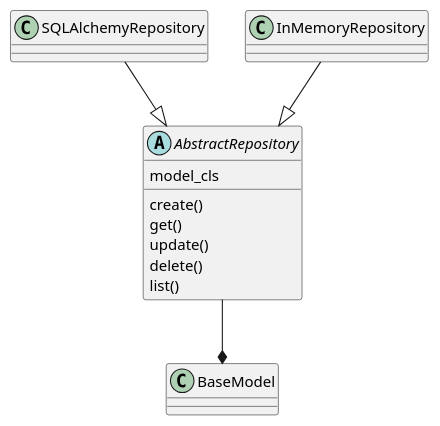
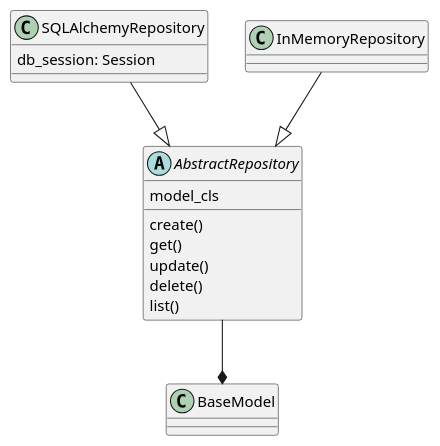
One commit to DragosBulumac/project-UpdateService changed the first of 2 diagrams in docs/project-structure.puml. Above: the diagram before and after it, drawn with PlantUML. The commit also changed other lines of this file and 2 other files, not shown here.

Commit message:
Add DB session to all related entities.

```diff
--- a/docs/project-structure.puml
+++ b/docs/project-structure.puml
@@ -1,15 +1,19 @@
 @startuml
 abstract class AbstractRepository {
     model_cls
 
     create()
     get()
     update()
     delete()
     list()
 }
 
+class SQLAlchemyRepository {
+    db_session: Session
+}
+
 AbstractRepository --* BaseModel
 SQLAlchemyRepository --|> AbstractRepository
 InMemoryRepository --|> AbstractRepository
 @enduml
```
